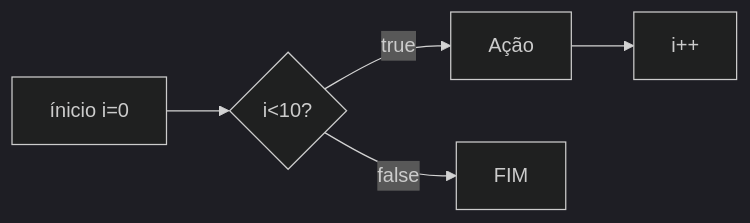
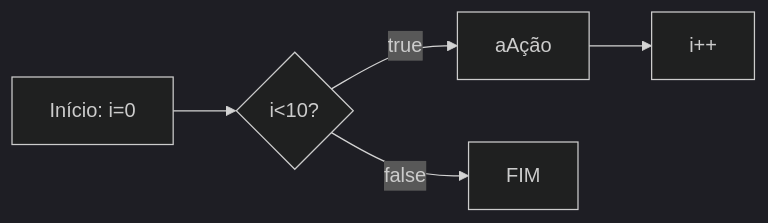
Before and after one commit to CaioCaminoto/BackEnd: the eighth of 18 diagrams in README.md, drawn with Mermaid (dark theme). The commit also changed other lines of this file and 26 other files, not shown here.

````diff
--- a/README.md
+++ b/README.md
@@ -456,7 +466,7 @@
-```mermaid 
-flowchart LR 
-A[ínicio i=0] --> B{i<10?}
-B --true--> C[Ação]
-C --> D[i++]
-B --false--> E[FIM]
+```mermaid
+flowchart LR
+    A[Início: i=0] --> B{i<10?}
+    B --true--> C[aAção]
+    C --> D[i++]
+    B --false--> E[FIM]
 ```
````
